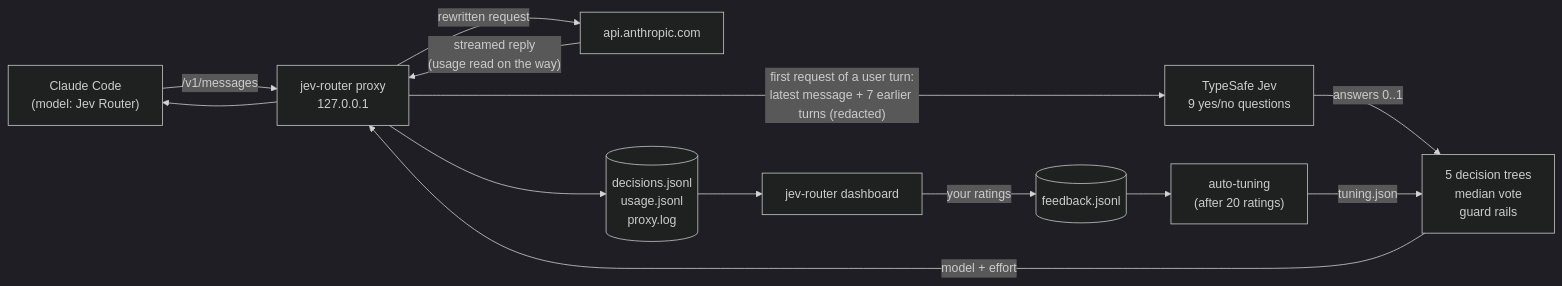
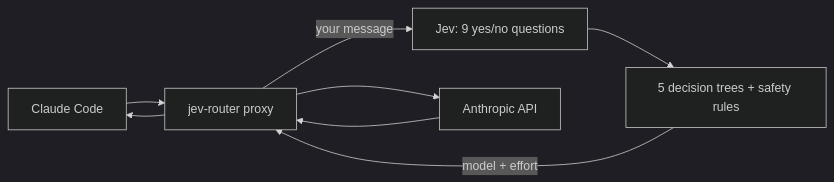
The diagram in README.md (xafold/jev-router), drawn with Mermaid (dark theme) before and after one commit. The commit also changed other lines of this file, not shown here.

````diff
--- a/README.md
+++ b/README.md
@@ -20,14 +11,9 @@
 ```mermaid
 flowchart LR
-  CC["Claude Code<br/>(model: Jev Router)"] -->|"/v1/messages"| P["jev-router proxy<br/>127.0.0.1"]
-  P -->|"first request of a user turn:<br/>latest message + 7 earlier turns (redacted)"| J["TypeSafe Jev<br/>9 yes/no questions"]
-  J -->|"answers 0..1"| R["5 decision trees<br/>median vote<br/>guard rails"]
-  R -->|"model + effort"| P
-  P -->|"rewritten request"| A["api.anthropic.com"]
-  A -->|"streamed reply<br/>(usage read on the way)"| P --> CC
-  P --> D[("decisions.jsonl<br/>usage.jsonl<br/>proxy.log")]
-  D --> UI["jev-router dashboard"]
-  UI -->|"your ratings"| F[("feedback.jsonl")]
-  F --> T["auto-tuning<br/>(after 20 ratings)"]
-  T -->|"tuning.json"| R
+  CC[Claude Code] --> P[jev-router proxy]
+  P -->|your message| J[Jev: 9 yes/no questions]
+  J --> R[5 decision trees + safety rules]
+  R -->|model + effort| P
+  P --> A[Anthropic API]
+  A --> P --> CC
 ```
````
